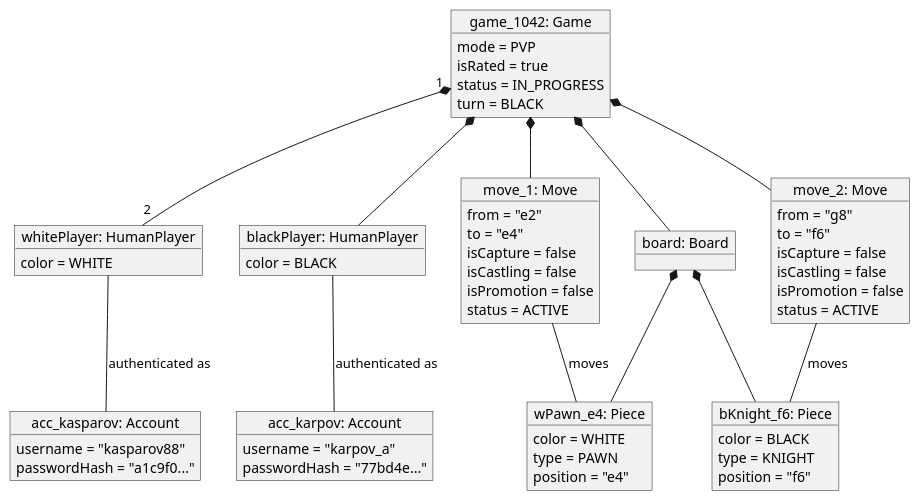
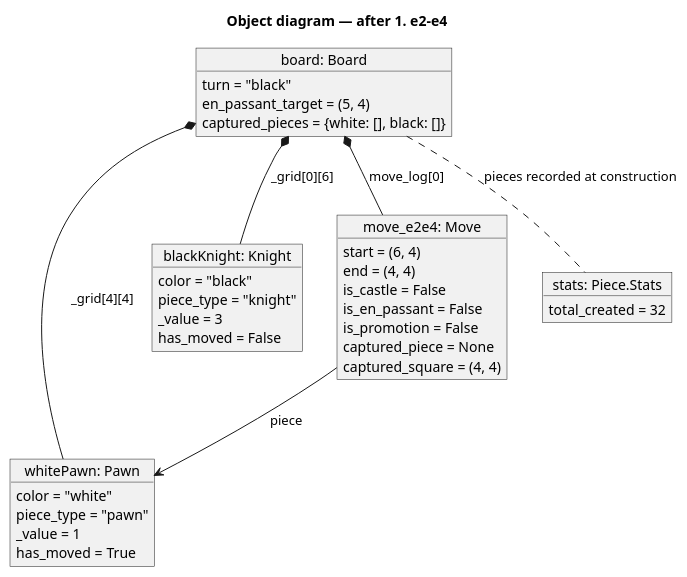
One commit to nortal3141592/OOP-chess-engine changed the diagram in docs/team-8-object-diagram.puml. Above: the diagram before and after it, drawn with PlantUML. The commit also changed other lines of this file and 10 other files, not shown here.

```diff
--- a/docs/team-8-object-diagram.puml
+++ b/docs/team-8-object-diagram.puml
@@ -11,70 +14,43 @@
 @startuml
-object "acc_kasparov: Account" as acc1 {
-  username = "kasparov88"
-  passwordHash = "a1c9f0..."
+title Object diagram — after 1. e2-e4
+
+object "board: Board" as b {
+  turn = "black"
+  en_passant_target = (5, 4)
+  captured_pieces = {white: [], black: []}
 }
 
-object "acc_karpov: Account" as acc2 {
-  username = "karpov_a"
-  passwordHash = "77bd4e..."
+object "whitePawn: Pawn" as wp {
+  color = "white"
+  piece_type = "pawn"
+  _value = 1
+  has_moved = True
 }
 
-object "whitePlayer: HumanPlayer" as p1 {
-  color = WHITE
+object "blackKnight: Knight" as bn {
+  color = "black"
+  piece_type = "knight"
+  _value = 3
+  has_moved = False
 }
 
-object "blackPlayer: HumanPlayer" as p2 {
-  color = BLACK
+object "move_e2e4: Move" as m1 {
+  start = (6, 4)
+  end = (4, 4)
+  is_castle = False
+  is_en_passant = False
+  is_promotion = False
+  captured_piece = None
+  captured_square = (4, 4)
 }
 
-object "game_1042: Game" as g {
-  mode = PVP
-  isRated = true
-  status = IN_PROGRESS
-  turn = BLACK
+object "stats: Piece.Stats" as st {
+  total_created = 32
 }
 
-object "board: Board" as b
-
-object "wPawn_e4: Piece" as pc1 {
-  color = WHITE
-  type = PAWN
-  position = "e4"
-}
-
-object "bKnight_f6: Piece" as pc2 {
-  color = BLACK
-  type = KNIGHT
-  position = "f6"
-}
-
-object "move_1: Move" as m1 {
-  from = "e2"
-  to = "e4"
-  isCapture = false
-  isCastling = false
-  isPromotion = false
-  status = ACTIVE
-}
-
-object "move_2: Move" as m2 {
-  from = "g8"
-  to = "f6"
-  isCapture = false
-  isCastling = false
-  isPromotion = false
-  status = ACTIVE
-}
-
-p1 -- acc1 : authenticated as
-p2 -- acc2 : authenticated as
-g "1" *-- "2" p1
-g *-- p2
-g *-- b
-b *-- pc1
-b *-- pc2
-g *-- m1
-g *-- m2
-m1 -- pc1 : moves
-m2 -- pc2 : moves
+b *-- wp : _grid[4][4]
+b *-- bn : _grid[0][6]
+b *-- m1 : move_log[0]
+m1 --> wp : piece
+b .. st : pieces recorded at construction
 @enduml
```
